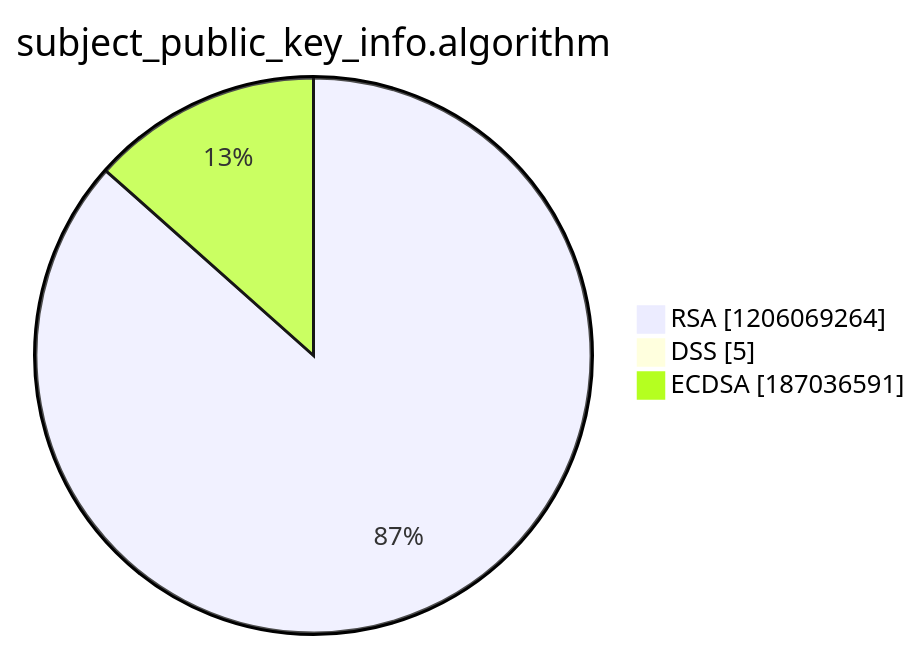
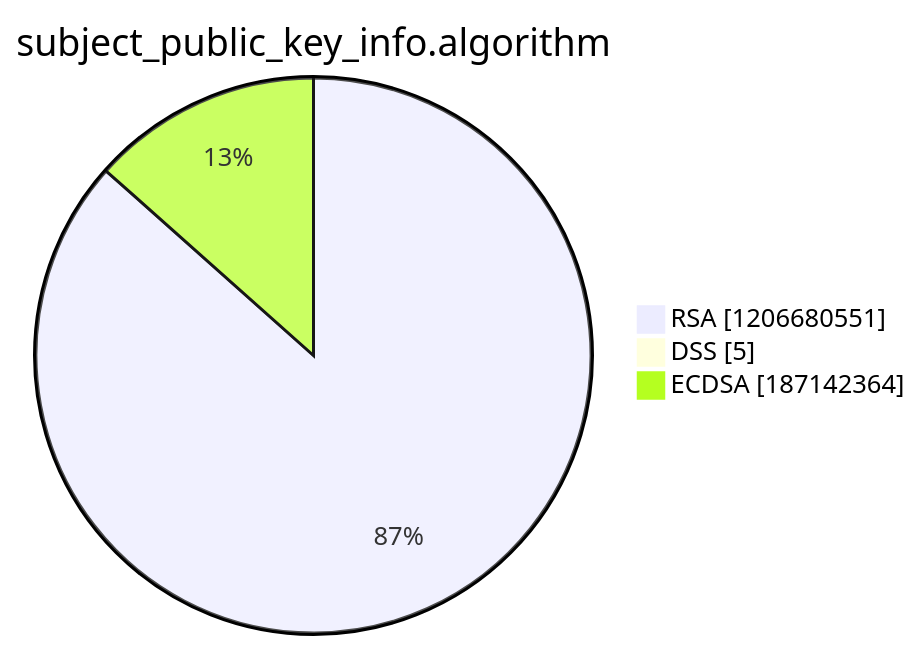
One commit to christiankrug/ctmonitor_visualization changed the third of 15 diagrams in argon2022/README.md. Above: the diagram before and after it, drawn with Mermaid. The commit also changed other lines of this file, not shown here.

````diff
--- a/argon2022/README.md
+++ b/argon2022/README.md
@@ -14,7 +14,7 @@
 ```mermaid
 pie showData
 title subject_public_key_info.algorithm
-"RSA" :1206069264
+"RSA" :1206680551
 "DSS" :5
-"ECDSA" :187036591
+"ECDSA" :187142364
 ```
````
